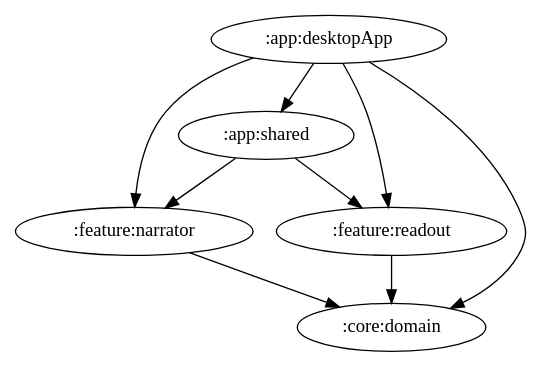
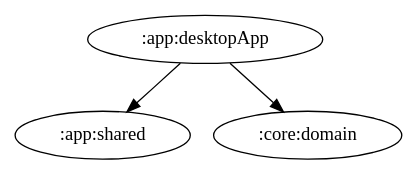
Before and after one commit to ai-kurou/KoDriver: the diagram in docs/graphs/app-desktopApp.gv, drawn with Graphviz. The commit also changed 11 other files, not shown here.

Commit message:
chore: update module graph images [skip ci]

```diff
--- a/docs/graphs/app-desktopApp.gv
+++ b/docs/graphs/app-desktopApp.gv
@@ -1,10 +1,4 @@
 digraph G {
   ":app:desktopApp" -> ":app:shared"
   ":app:desktopApp" -> ":core:domain"
-  ":app:desktopApp" -> ":feature:narrator"
-  ":app:desktopApp" -> ":feature:readout"
-  ":app:shared" -> ":feature:narrator"
-  ":app:shared" -> ":feature:readout"
-  ":feature:narrator" -> ":core:domain"
-  ":feature:readout" -> ":core:domain"
 }
```
